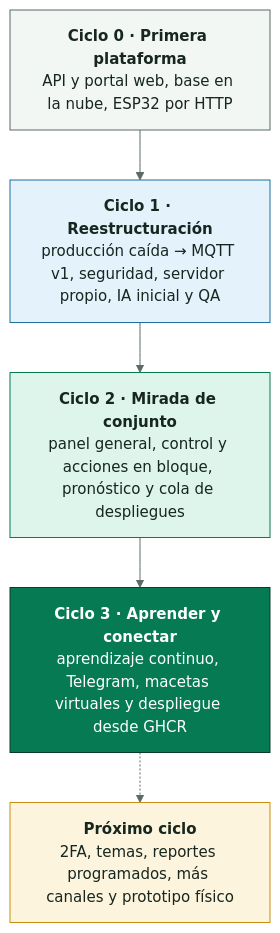
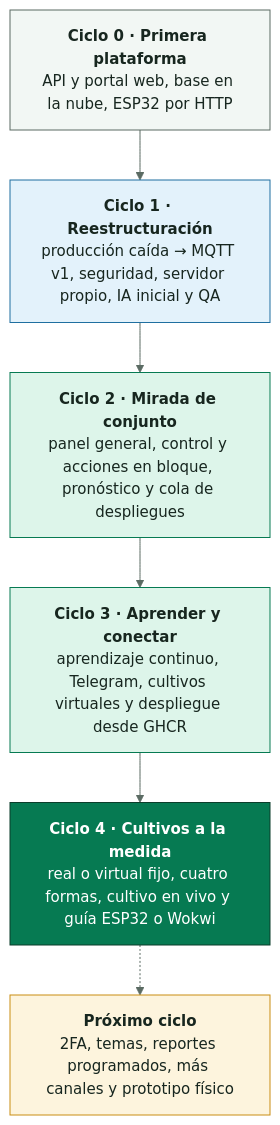
One commit to SmartPotTech/.github changed the diagram in docs/diagrams/SmartPot_35_Improvement_Cycles.mmd. Above: the diagram before and after it, drawn with Mermaid.

Commit message:
Add the tailored crops improvement cycle

```diff
--- a/docs/diagrams/SmartPot_35_Improvement_Cycles.mmd
+++ b/docs/diagrams/SmartPot_35_Improvement_Cycles.mmd
@@ -1,20 +1,22 @@
 %%{init: {"theme": "base", "fontFamily": "Segoe UI, Arial, sans-serif", "themeVariables": {"fontFamily": "Segoe UI, Arial, sans-serif", "fontSize": "15px", "primaryColor": "#DDF5EA", "primaryTextColor": "#17261F", "primaryBorderColor": "#067A52", "secondaryColor": "#E3F2FB", "secondaryTextColor": "#17261F", "secondaryBorderColor": "#1F6FA0", "tertiaryColor": "#F2F7F4", "tertiaryTextColor": "#17261F", "tertiaryBorderColor": "#D5E3DC", "lineColor": "#5B6B63", "textColor": "#17261F", "mainBkg": "#DDF5EA", "nodeBorder": "#067A52", "clusterBkg": "#F7FAF8", "clusterBorder": "#D5E3DC", "edgeLabelBackground": "#FFFFFF", "actorBkg": "#067A52", "actorBorder": "#0B3D2B", "actorTextColor": "#FFFFFF", "actorLineColor": "#5B6B63", "signalColor": "#17261F", "signalTextColor": "#17261F", "labelBoxBkgColor": "#0B3D2B", "labelBoxBorderColor": "#0B3D2B", "labelTextColor": "#FFFFFF", "loopTextColor": "#0B3D2B", "noteBkgColor": "#FDF4DD", "noteBorderColor": "#C98D12", "noteTextColor": "#17261F", "activationBkgColor": "#DDF5EA", "activationBorderColor": "#067A52", "attributeBackgroundColorOdd": "#FFFFFF", "attributeBackgroundColorEven": "#F2F7F4"}}}%%
 flowchart TB
   c0["<b>Ciclo 0 · Primera plataforma</b><br/>API y portal web, base en la nube, ESP32 por HTTP"]
   c1["<b>Ciclo 1 · Reestructuración</b><br/>producción caída → MQTT v1, seguridad, servidor propio, IA inicial y QA"]
   c2["<b>Ciclo 2 · Mirada de conjunto</b><br/>panel general, control y acciones en bloque, pronóstico y cola de despliegues"]
-  c3["<b>Ciclo 3 · Aprender y conectar</b><br/>aprendizaje continuo, Telegram, macetas virtuales y despliegue desde GHCR"]
-  c4["<b>Próximo ciclo</b><br/>2FA, temas, reportes programados, más canales y prototipo físico"]
-  c0 --> c1 --> c2 --> c3 -.-> c4
+  c3["<b>Ciclo 3 · Aprender y conectar</b><br/>aprendizaje continuo, Telegram, cultivos virtuales y despliegue desde GHCR"]
+  c4["<b>Ciclo 4 · Cultivos a la medida</b><br/>real o virtual fijo, cuatro formas, cultivo en vivo y guía ESP32 o Wokwi"]
+  c5["<b>Próximo ciclo</b><br/>2FA, temas, reportes programados, más canales y prototipo físico"]
+  c0 --> c1 --> c2 --> c3 --> c4 -.-> c5
   classDef leaf fill:#DDF5EA,stroke:#067A52,color:#17261F
   classDef water fill:#E3F2FB,stroke:#1F6FA0,color:#17261F
   classDef sun fill:#FDF4DD,stroke:#C98D12,color:#17261F
   classDef clay fill:#FBE9E1,stroke:#B85A38,color:#17261F
   classDef core fill:#067A52,stroke:#0B3D2B,color:#FFFFFF
   classDef deep fill:#0B3D2B,stroke:#06281C,color:#FFFFFF
   classDef muted fill:#F2F7F4,stroke:#5B6B63,color:#17261F
   class c0 muted
   class c1 water
   class c2 leaf
-  class c3 core
-  class c4 sun
+  class c3 leaf
+  class c4 core
+  class c5 sun
```
